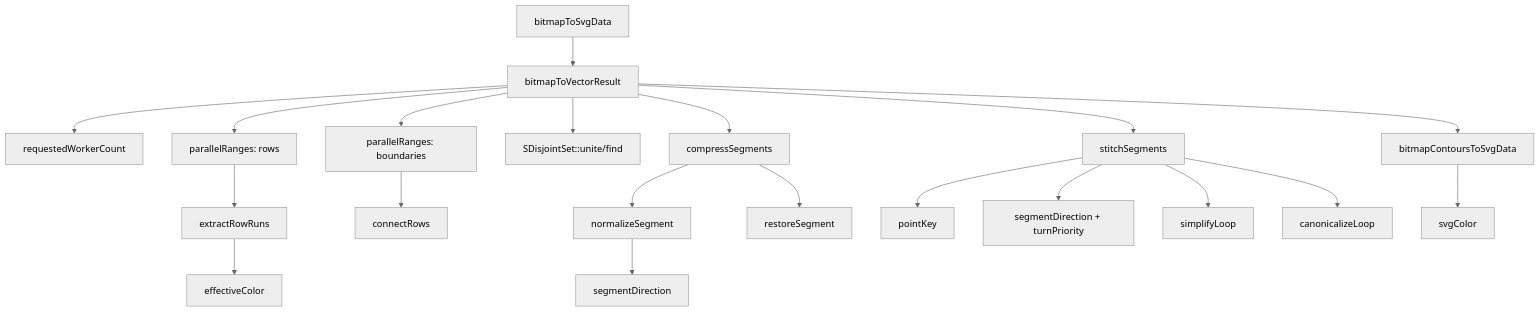
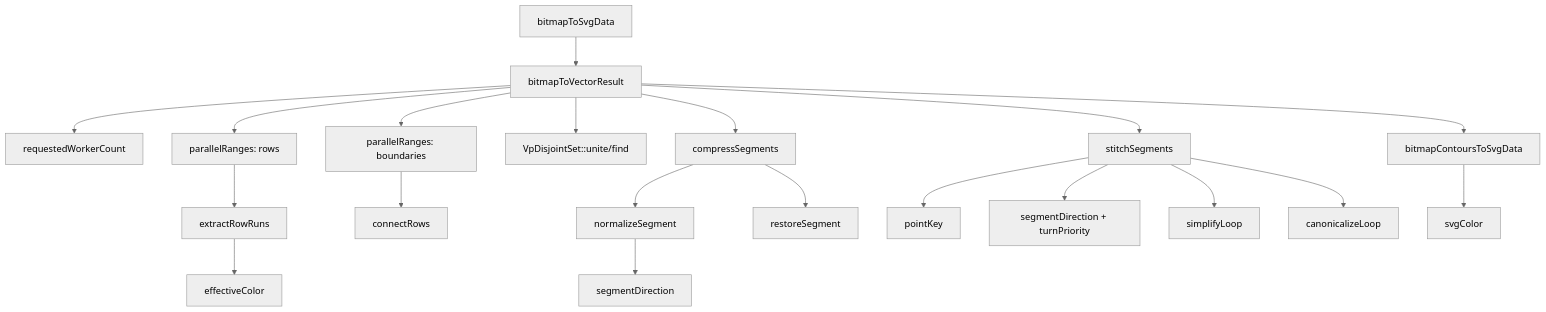
One commit to HJX0201/vectorPath changed the fourth of 10 diagrams in sgraphDocs/BITMAP_VECTORIZATION_SOURCE_REFERENCE.md. Above: the diagram before and after it, drawn with Mermaid (neutral theme). The commit also changed other lines of this file and 628 other files, not shown here.

````diff
--- a/sgraphDocs/BITMAP_VECTORIZATION_SOURCE_REFERENCE.md
+++ b/sgraphDocs/BITMAP_VECTORIZATION_SOURCE_REFERENCE.md
@@ -234,22 +234,22 @@
 ```mermaid
 flowchart TD
     A["bitmapToSvgData"] --> B["bitmapToVectorResult"]
     B --> C["requestedWorkerCount"]
     B --> D["parallelRanges: rows"]
     D --> E["extractRowRuns"]
     E --> F["effectiveColor"]
     B --> G["parallelRanges: boundaries"]
     G --> H["connectRows"]
-    B --> I["SDisjointSet::unite/find"]
+    B --> I["VpDisjointSet::unite/find"]
     B --> J["compressSegments"]
     J --> K["normalizeSegment"]
     K --> L["segmentDirection"]
     J --> M["restoreSegment"]
     B --> N["stitchSegments"]
     N --> O["pointKey"]
     N --> P["segmentDirection + turnPriority"]
     N --> Q["simplifyLoop"]
     N --> R["canonicalizeLoop"]
     B --> S["bitmapContoursToSvgData"]
     S --> T["svgColor"]
 ```
````
